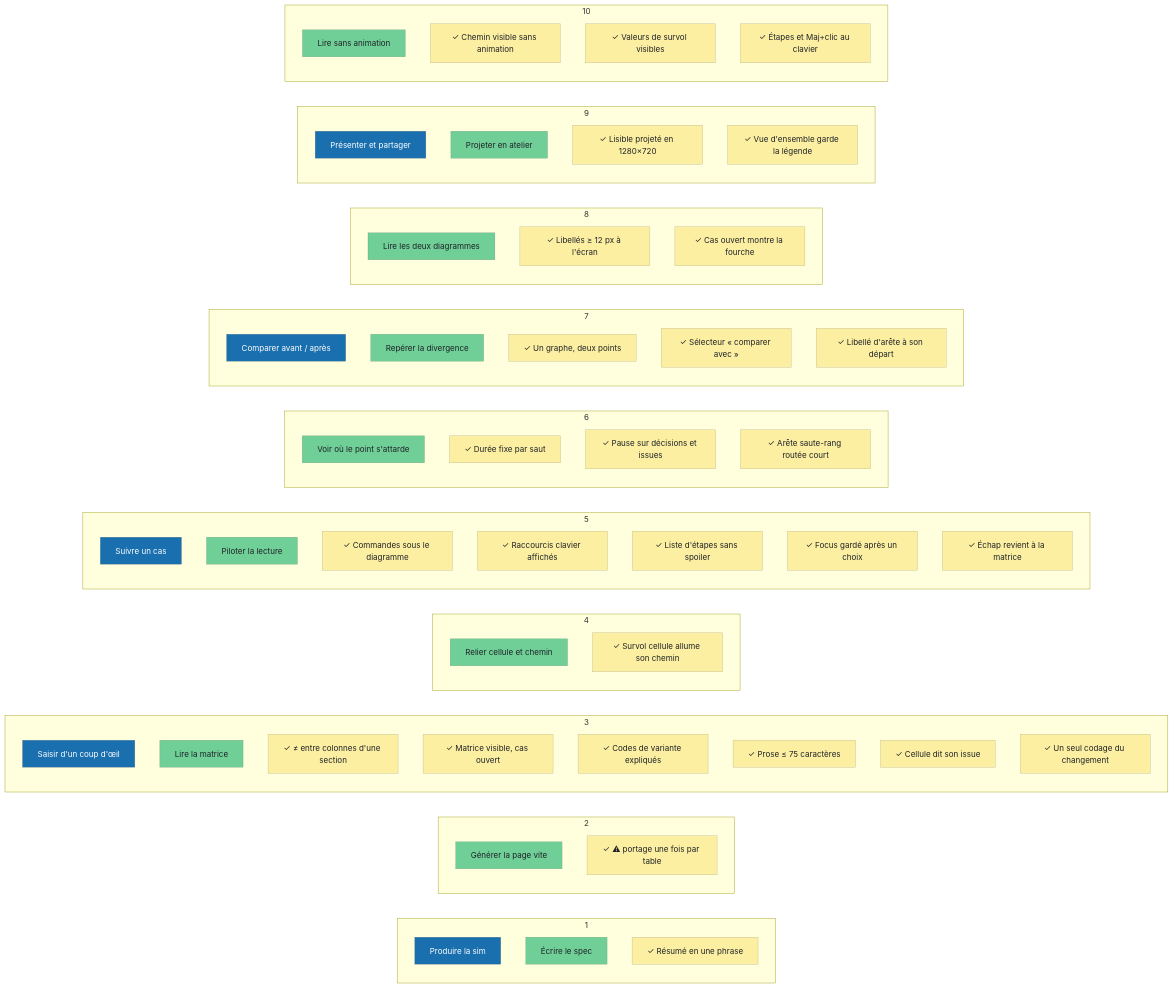
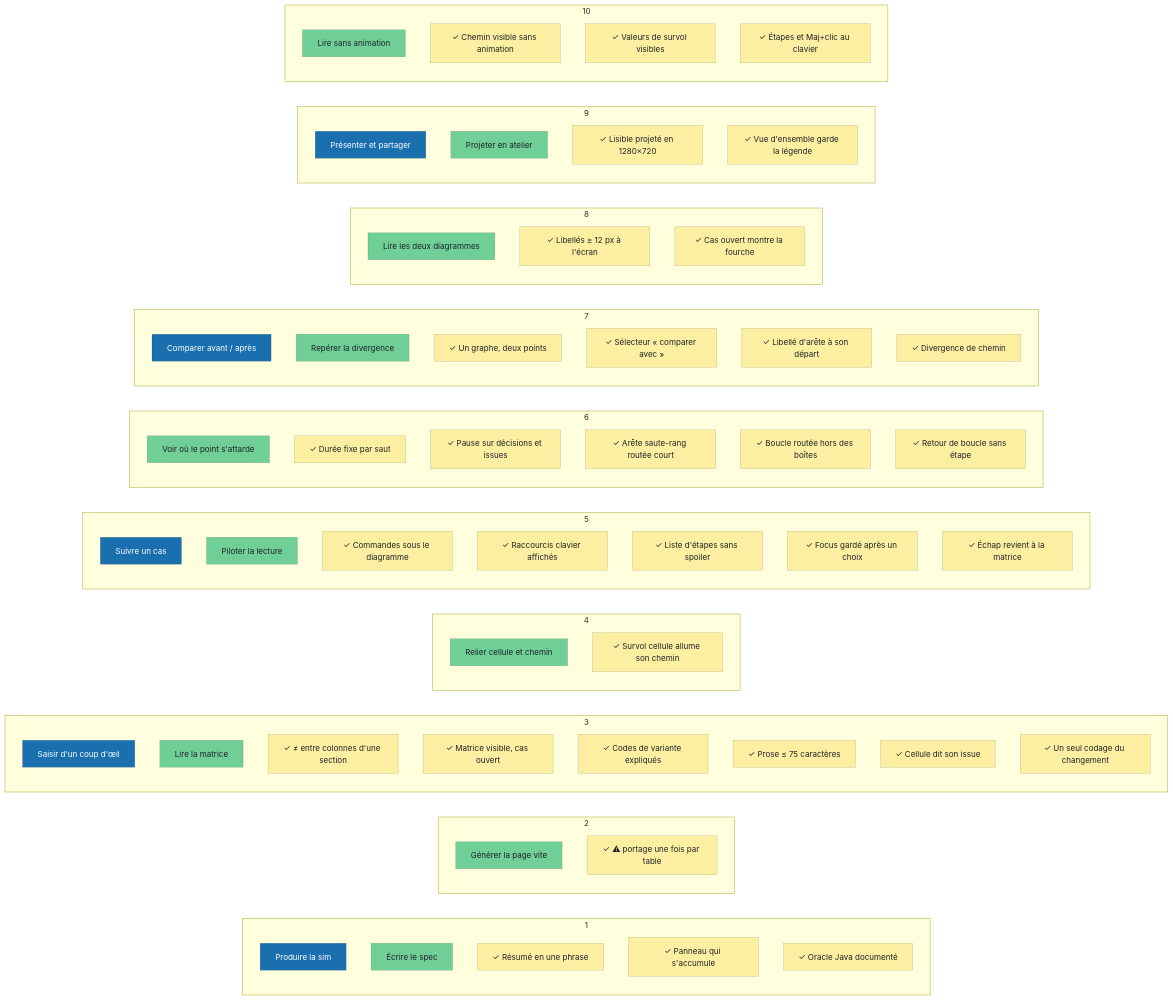
One commit to bastien-gallay/skills changed the diagram in plugins/truepath/docs/design/story-map.md. Above: the diagram before and after it, drawn with Mermaid. The commit also changed other lines of this file and 7 other files, not shown here.

````diff
--- a/plugins/truepath/docs/design/story-map.md
+++ b/plugins/truepath/docs/design/story-map.md
@@ -11,6 +11,8 @@
     A1["Produire la sim"]
     T1["Écrire le spec"]
     S12["✓ Résumé en une phrase"]
+    S31["✓ Panneau qui s'accumule"]
+    S32["✓ Oracle Java documenté"]
   end
   subgraph step2["2"]
     direction TB
@@ -49,6 +51,8 @@
     S1["✓ Durée fixe par saut"]
     S2["✓ Pause sur décisions et issues"]
     S3["✓ Arête saute-rang routée court"]
+    S28["✓ Boucle routée hors des boîtes"]
+    S29["✓ Retour de boucle sans étape"]
   end
   subgraph step7["7"]
     direction TB
@@ -57,6 +61,7 @@
     S14["✓ Un graphe, deux points"]
     S16["✓ Sélecteur « comparer avec »"]
     S17["✓ Libellé d'arête à son départ"]
+    S30["✓ Divergence de chemin"]
   end
   subgraph step8["8"]
     direction TB
@@ -83,5 +88,5 @@
   classDef task fill:#6FCF97,color:#1F2328,stroke:#00000033
   class T1,T3,T5,T7,T9,T2,T4,T6,T8,T10 task
   classDef story fill:#FCEFA1,color:#1F2328,stroke:#00000033
-  class S4,S5,S6,S7,S9,S10,S11,S12,S14,S16,S17,S18,S19,S13,S8,S1,S2,S3,S15,S20,S21,S22,S23,S24,S25,S26,S27 story
+  class S4,S5,S6,S7,S9,S10,S11,S12,S14,S16,S17,S18,S19,S13,S8,S1,S2,S3,S15,S20,S21,S22,S23,S24,S25,S26,S27,S28,S29,S30,S31,S32 story
 ```
````
